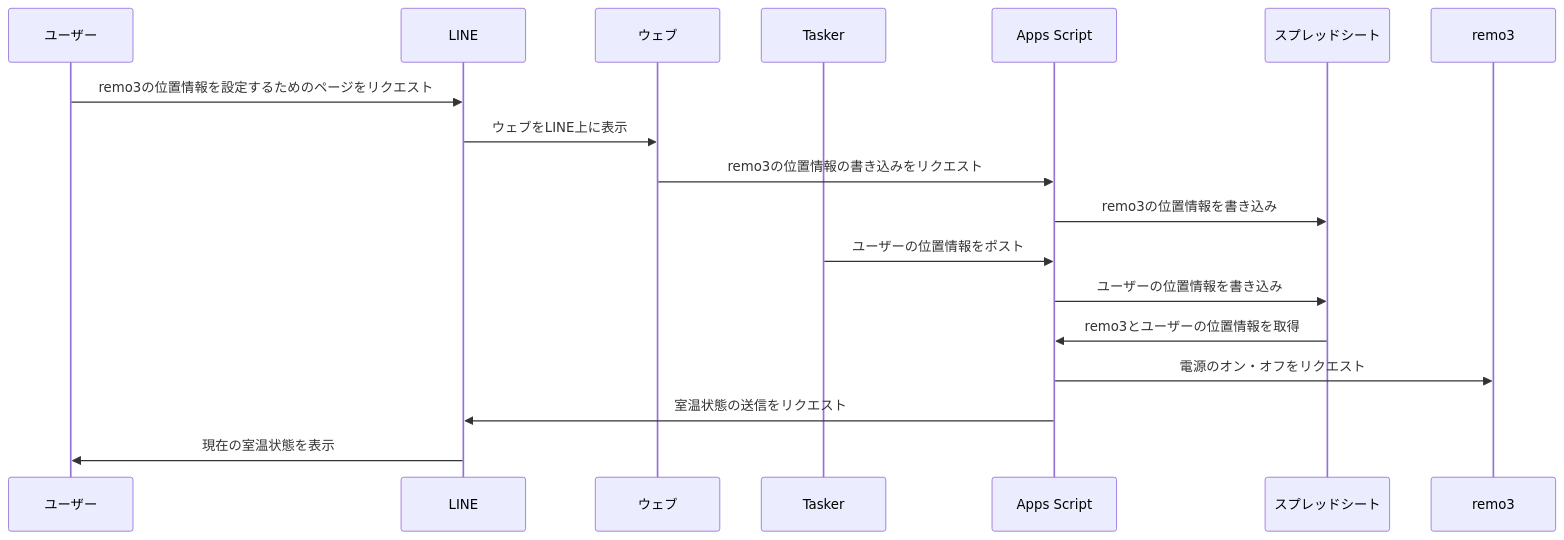
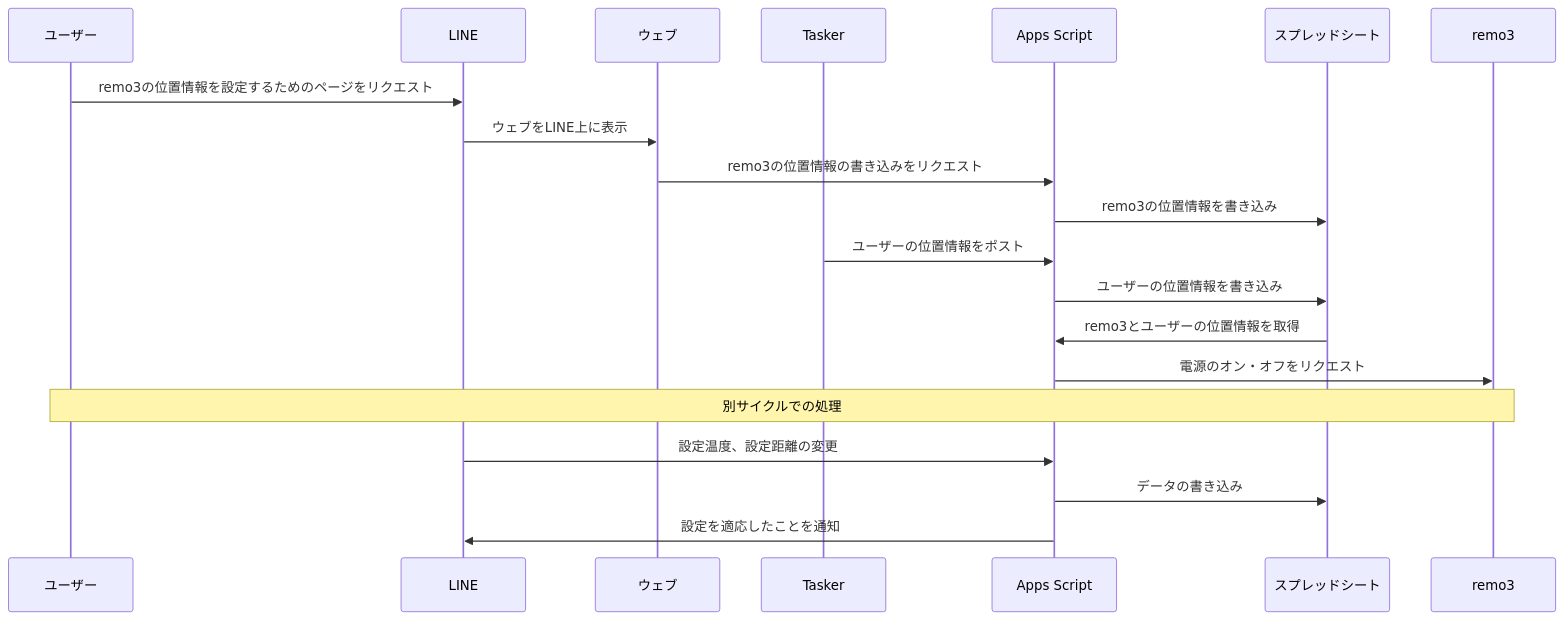
One commit to Yuffter/LINE-App-Test changed the diagram in architectures/sequence.md. Above: the diagram before and after it, drawn with Mermaid. The commit also changed 2 other files, not shown here.

Commit message:
クラス図とシーケンス図を更新

````diff
--- a/architectures/sequence.md
+++ b/architectures/sequence.md
@@ -1,20 +1,22 @@
 ```mermaid
 sequenceDiagram
 	participant ユーザー
 	participant LINE
 	participant ウェブ
 	participant Tasker
 	participant Apps Script
 	participant スプレッドシート
 	participant remo3
 	ユーザー->>LINE: remo3の位置情報を設定するためのページをリクエスト
 	LINE->>ウェブ: ウェブをLINE上に表示
 	ウェブ->>Apps Script: remo3の位置情報の書き込みをリクエスト
 	Apps Script->>スプレッドシート: remo3の位置情報を書き込み
 	Tasker->>Apps Script: ユーザーの位置情報をポスト
 	Apps Script->>スプレッドシート: ユーザーの位置情報を書き込み
 	スプレッドシート->>Apps Script: remo3とユーザーの位置情報を取得
 	Apps Script->>remo3: 電源のオン・オフをリクエスト
-	Apps Script->>LINE: 室温状態の送信をリクエスト
-	LINE->>ユーザー: 現在の室温状態を表示
+	Note over ユーザー,remo3: 別サイクルでの処理
+	LINE->>Apps Script: 設定温度、設定距離の変更
+	Apps Script->>スプレッドシート: データの書き込み
+	Apps Script->>LINE: 設定を適応したことを通知
 ```
````
